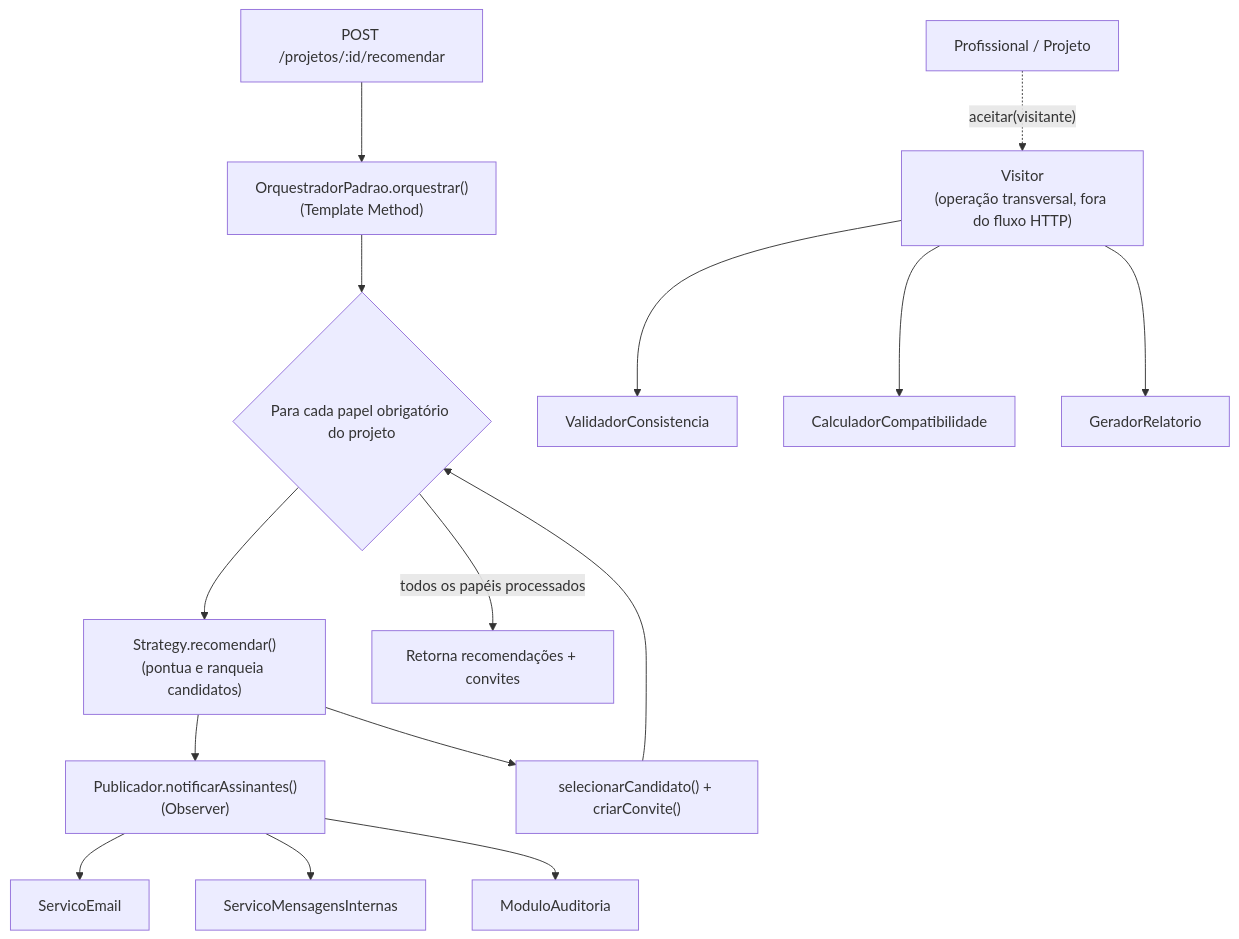
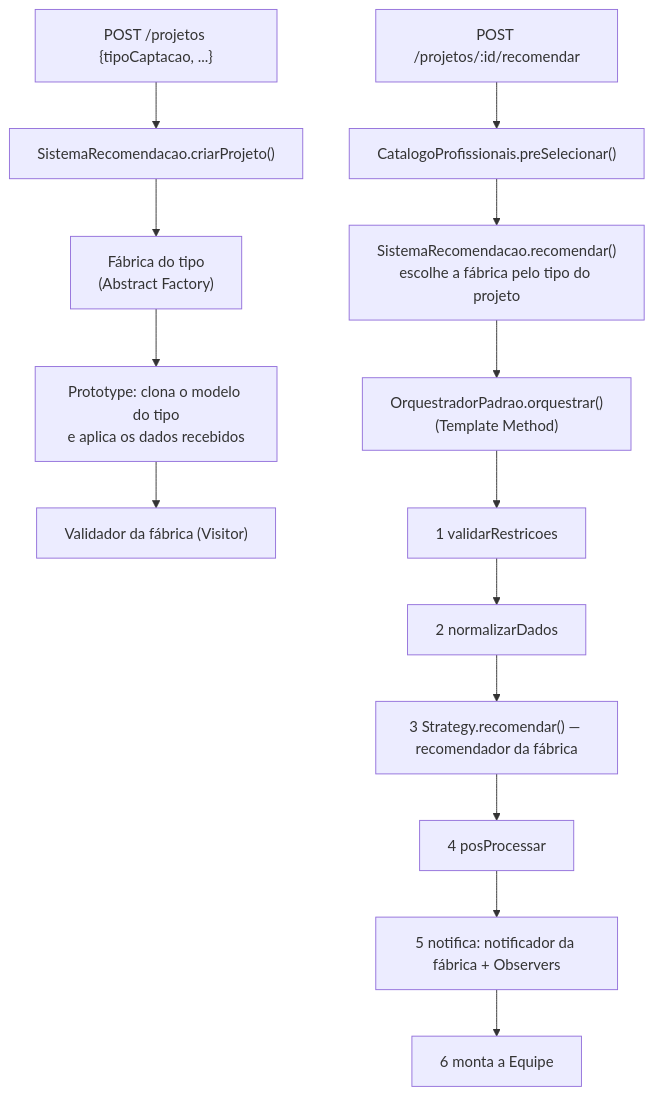
One commit to Costa-Wagner/cinebridge changed the diagram in README.md. Above: the diagram before and after it, drawn with Mermaid. The commit also changed other lines of this file and 22 other files, not shown here.

Commit message:
perf: gravacao em lote na primeira recomendacao, pre-selecao de 30 por papel, pool de conexoes e diagnostico no teste de carga

````diff
--- a/README.md
+++ b/README.md
@@ -122,18 +128,17 @@
 ```mermaid
 flowchart TD
-    A["POST /projetos/:id/recomendar"] --> B["OrquestradorPadrao.orquestrar()<br/>(Template Method)"]
-    B --> C{"Para cada papel obrigatório do projeto"}
-    C --> D["Strategy.recomendar()<br/>(pontua e ranqueia candidatos)"]
-    D --> E["Publicador.notificarAssinantes()<br/>(Observer)"]
-    E --> E1["ServicoEmail"]
-    E --> E2["ServicoMensagensInternas"]
-    E --> E3["ModuloAuditoria"]
-    D --> F["selecionarCandidato() + criarConvite()"]
-    F --> C
-    C -->|todos os papéis processados| G["Retorna recomendações + convites"]
+    A["POST /projetos {tipoCaptacao, ...}"] --> B["SistemaRecomendacao.criarProjeto()"]
+    B --> C["Fábrica do tipo<br/>(Abstract Factory)"]
+    C --> D["Prototype: clona o modelo do tipo<br/>e aplica os dados recebidos"]
+    D --> E["Validador da fábrica (Visitor)"]
 
-    H["Profissional / Projeto"] -.->|"aceitar(visitante)"| I["Visitor<br/>(operação transversal, fora do fluxo HTTP)"]
-    I --> I1["ValidadorConsistencia"]
-    I --> I2["CalculadorCompatibilidade"]
-    I --> I3["GeradorRelatorio"]
+    F["POST /projetos/:id/recomendar"] --> G["CatalogoProfissionais.preSelecionar()"]
+    G --> H["SistemaRecomendacao.recomendar()<br/>escolhe a fábrica pelo tipo do projeto"]
+    H --> I["OrquestradorPadrao.orquestrar()<br/>(Template Method)"]
+    I --> I1["1 validarRestricoes"]
+    I1 --> I2["2 normalizarDados"]
+    I2 --> I3["3 Strategy.recomendar() — recomendador da fábrica"]
+    I3 --> I4["4 posProcessar"]
+    I4 --> I5["5 notifica: notificador da fábrica + Observers"]
+    I5 --> I6["6 monta a Equipe"]
 ```
````
